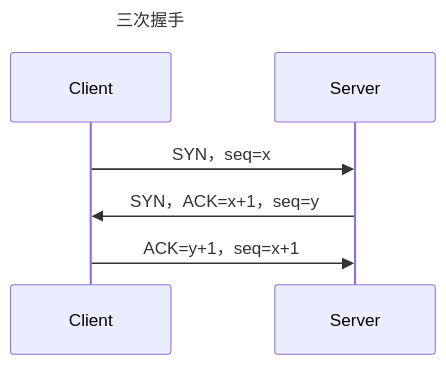
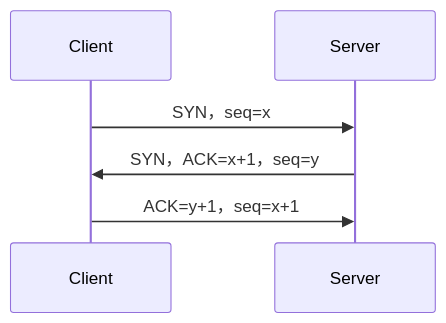
Before and after one commit to wohtnaw/wohtnawmarkdown: the diagram in markdown/markdown/网络/TCP_IP协议.md, drawn with Mermaid.

Commit message:
删除了三次握手的标题

````diff
--- a/markdown/markdown/网络/TCP_IP协议.md
+++ b/markdown/markdown/网络/TCP_IP协议.md
@@ -47,7 +47,6 @@
 ```mermaid
 sequenceDiagram
-title 三次握手
 Client ->> Server: SYN，seq=x
 Server ->> Client: SYN，ACK=x+1，seq=y
 Client ->> Server: ACK=y+1，seq=x+1
 ```
````
